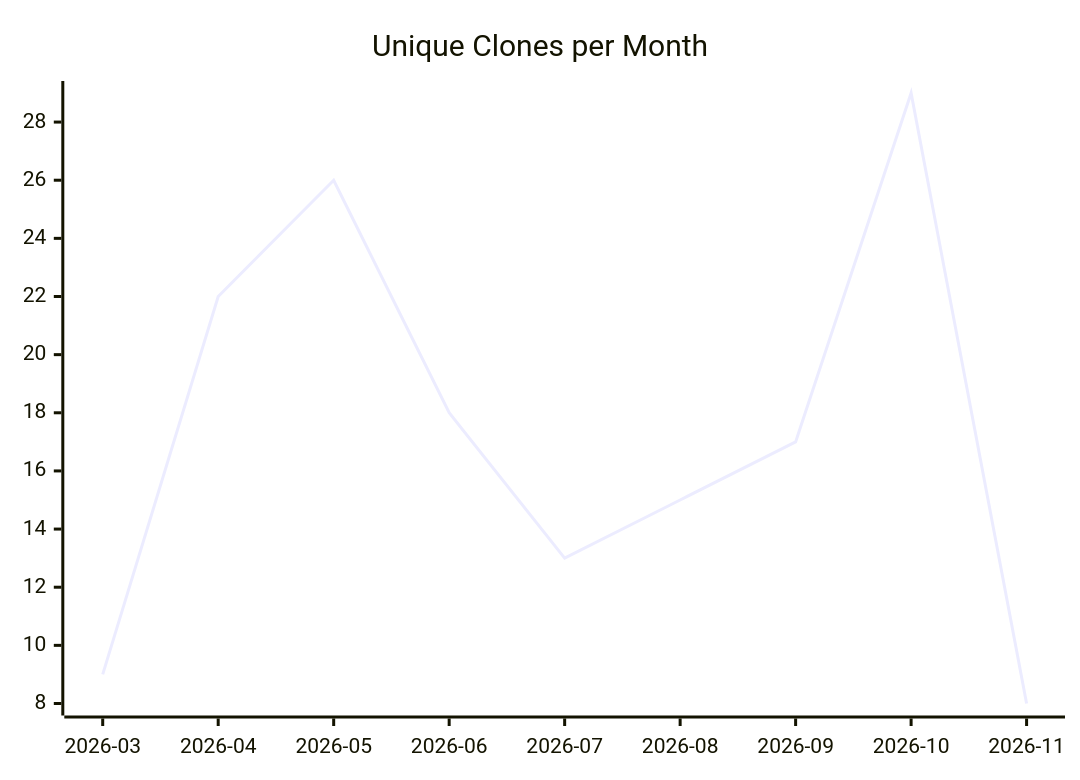
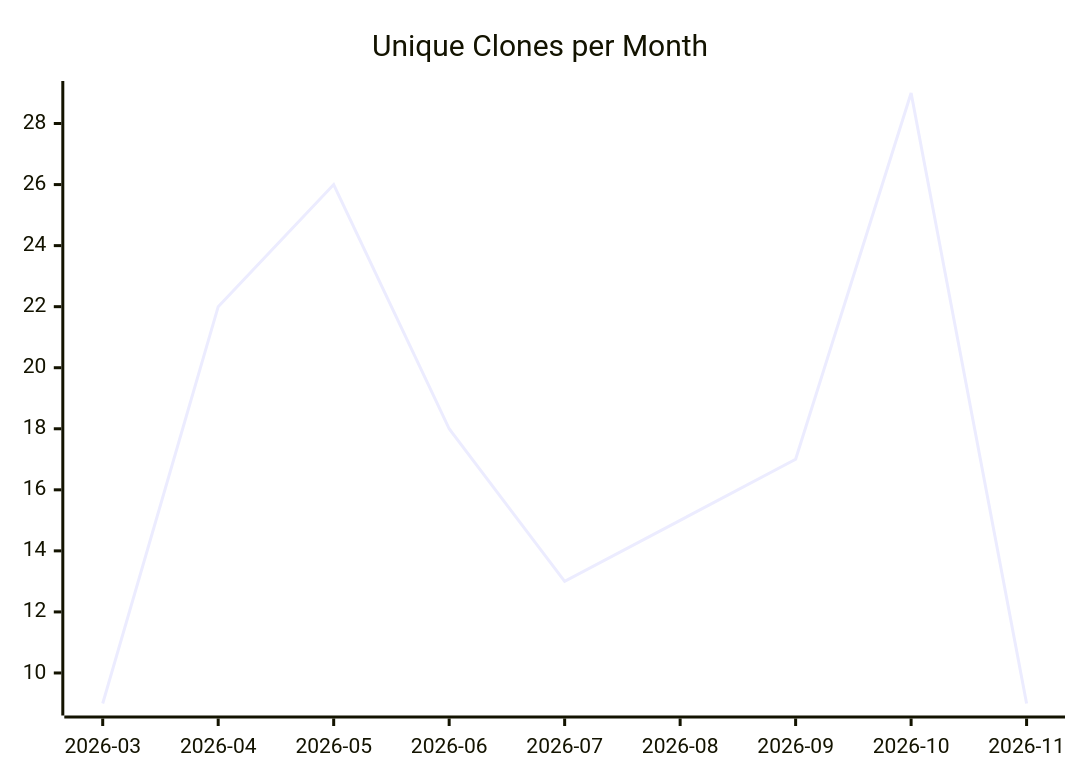
The third of 3 diagrams in karlmdavis/lego-ev3dev-rs/README.md (justdavis-family/github-analytics-data), drawn with Mermaid before and after one commit. The commit also changed other lines of this file and 199 other files, not shown here.

````diff
--- a/karlmdavis/lego-ev3dev-rs/README.md
+++ b/karlmdavis/lego-ev3dev-rs/README.md
@@ -19,6 +19,6 @@
 ```mermaid
 xychart-beta
   title "Unique Clones per Month"
   x-axis ["2026-03", "2026-04", "2026-05", "2026-06", "2026-07", "2026-08", "2026-09", "2026-10", "2026-11"]
-  line [9, 22, 26, 18, 13, 15, 17, 29, 8]
+  line [9, 22, 26, 18, 13, 15, 17, 29, 9]
 ```
````
